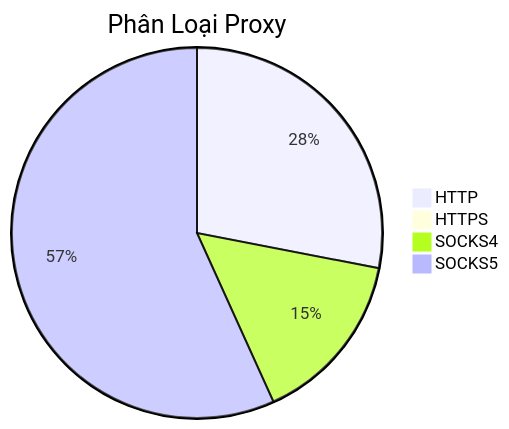
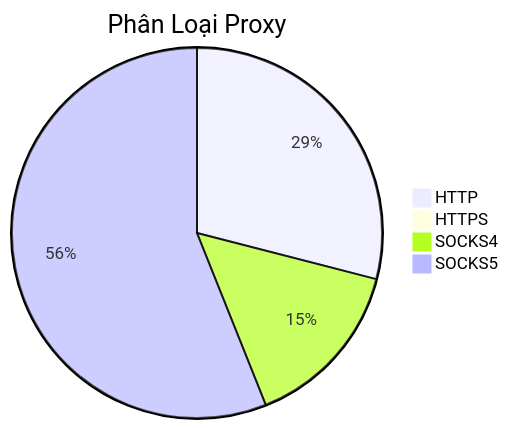
One commit to Ciara-Aa/PROXY-free changed the diagram in README.md. Above: the diagram before and after it, drawn with Mermaid. The commit also changed other lines of this file and 4 other files, not shown here.

````diff
--- a/README.md
+++ b/README.md
@@ -26,7 +26,7 @@
 ```mermaid
 pie title Phân Loại Proxy
-    "HTTP" : 698
-    "HTTPS" : 1
-    "SOCKS4" : 378
-    "SOCKS5" : 1413
+    "HTTP" : 783
+    "HTTPS" : 0
+    "SOCKS4" : 403
+    "SOCKS5" : 1513
 ```
````
